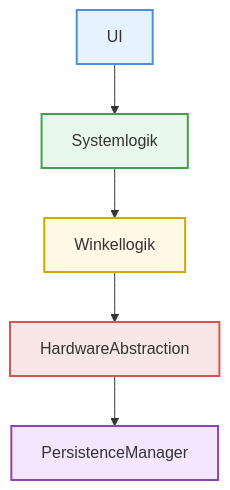
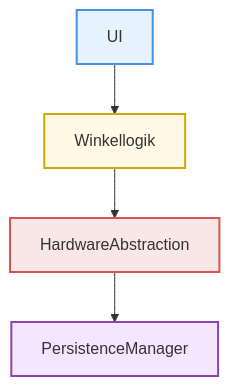
Before and after one commit to Nutellabrot06/Messerschaerfer-Schleifwinkelsteuerung: the diagram in docs/referenziert/Architektur/Architektur.md, drawn with Mermaid. The commit also changed other lines of this file and 2 other files, not shown here.

````diff
--- a/docs/referenziert/Architektur/Architektur.md
+++ b/docs/referenziert/Architektur/Architektur.md
@@ -7,18 +7,16 @@
 ```mermaid
 %%-------------------------------------------------
 %% Schleifwinkelsteuerung – Vereinfachtes Schichtenmodell
 %%-------------------------------------------------
 graph TD
-UI["UI"] --> SYS["Systemlogik"]
-SYS --> ANG["Winkellogik"]
+UI["UI"] --> ANG["Winkellogik"]
 ANG --> HAR["HardwareAbstraction"]
 HAR --> PER["PersistenceManager"]
 
 %% Styles
 style UI fill:#e6f3ff,stroke:#4a90e2,stroke-width:2px
-style SYS fill:#e9f8ec,stroke:#45a049,stroke-width:2px
 style ANG fill:#fff9e6,stroke:#d1a800,stroke-width:2px
 style HAR fill:#f9e6e6,stroke:#d9534f,stroke-width:2px
 style PER fill:#f4e6ff,stroke:#8e44ad,stroke-width:2px
 
 ```
````
